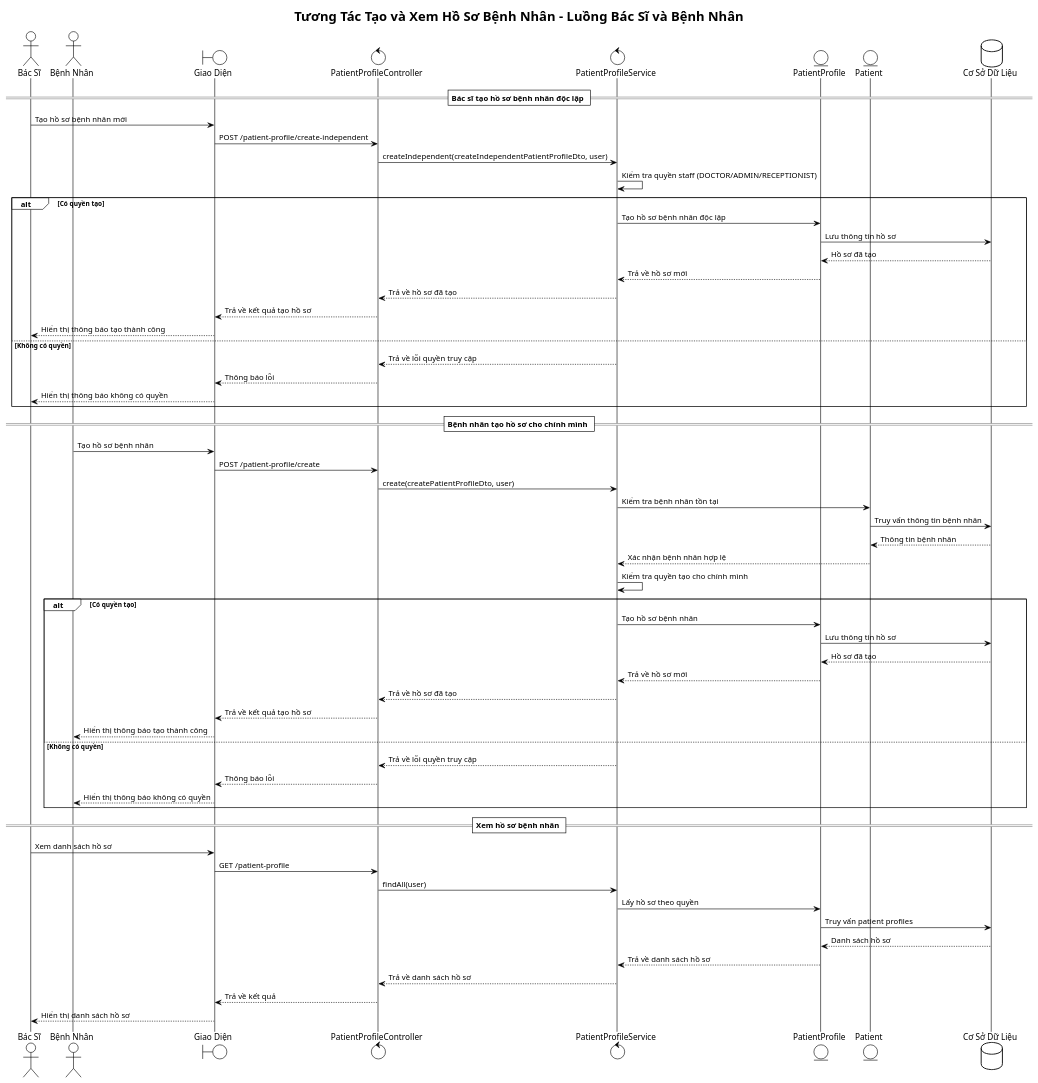
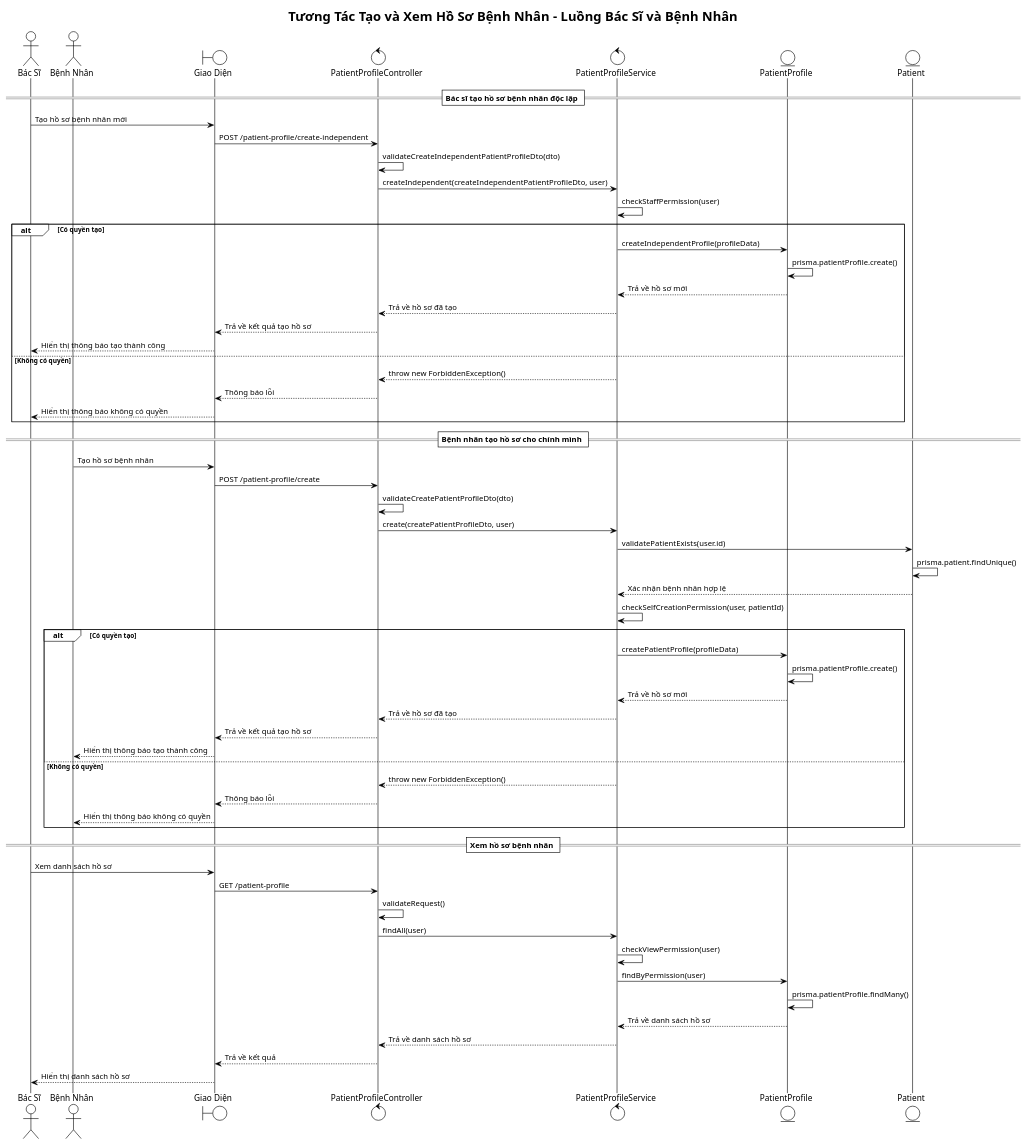
Before and after one commit to iamKhang/revita-be: the diagram in docs/patient-profile-sequence.puml, drawn with PlantUML. The commit also changed 7 other files, not shown here.

Commit message:
Update sequence

```diff
--- a/docs/patient-profile-sequence.puml
+++ b/docs/patient-profile-sequence.puml
@@ -1,76 +1,75 @@
 @startuml Patient Profile Sequence Diagram
 !theme plain
 title Tương Tác Tạo và Xem Hồ Sơ Bệnh Nhân - Luồng Bác Sĩ và Bệnh Nhân
 
 actor "Bác Sĩ" as D
 actor "Bệnh Nhân" as P
 boundary "Giao Diện" as F
 control "PatientProfileController" as C
 control "PatientProfileService" as PS
 entity "PatientProfile" as PP
 entity "Patient" as PAT
-database "Cơ Sở Dữ Liệu" as DB
 
 == Bác sĩ tạo hồ sơ bệnh nhân độc lập ==
 
 D -> F: Tạo hồ sơ bệnh nhân mới
 F -> C: POST /patient-profile/create-independent
+C -> C: validateCreateIndependentPatientProfileDto(dto)
 C -> PS: createIndependent(createIndependentPatientProfileDto, user)
-PS -> PS: Kiểm tra quyền staff (DOCTOR/ADMIN/RECEPTIONIST)
+PS -> PS: checkStaffPermission(user)
 
 alt Có quyền tạo
-  PS -> PP: Tạo hồ sơ bệnh nhân độc lập
-  PP -> DB: Lưu thông tin hồ sơ
-  DB --> PP: Hồ sơ đã tạo
+  PS -> PP: createIndependentProfile(profileData)
+  PP -> PP: prisma.patientProfile.create()
   PP --> PS: Trả về hồ sơ mới
   PS --> C: Trả về hồ sơ đã tạo
   C --> F: Trả về kết quả tạo hồ sơ
   F --> D: Hiển thị thông báo tạo thành công
   
 else Không có quyền
-  PS --> C: Trả về lỗi quyền truy cập
+  PS --> C: throw new ForbiddenException()
   C --> F: Thông báo lỗi
   F --> D: Hiển thị thông báo không có quyền
 end
 
 == Bệnh nhân tạo hồ sơ cho chính mình ==
 
 P -> F: Tạo hồ sơ bệnh nhân
 F -> C: POST /patient-profile/create
+C -> C: validateCreatePatientProfileDto(dto)
 C -> PS: create(createPatientProfileDto, user)
-PS -> PAT: Kiểm tra bệnh nhân tồn tại
-PAT -> DB: Truy vấn thông tin bệnh nhân
-DB --> PAT: Thông tin bệnh nhân
+PS -> PAT: validatePatientExists(user.id)
+PAT -> PAT: prisma.patient.findUnique()
 PAT --> PS: Xác nhận bệnh nhân hợp lệ
 
-PS -> PS: Kiểm tra quyền tạo cho chính mình
+PS -> PS: checkSelfCreationPermission(user, patientId)
 
 alt Có quyền tạo
-  PS -> PP: Tạo hồ sơ bệnh nhân
-  PP -> DB: Lưu thông tin hồ sơ
-  DB --> PP: Hồ sơ đã tạo
+  PS -> PP: createPatientProfile(profileData)
+  PP -> PP: prisma.patientProfile.create()
   PP --> PS: Trả về hồ sơ mới
   PS --> C: Trả về hồ sơ đã tạo
   C --> F: Trả về kết quả tạo hồ sơ
   F --> P: Hiển thị thông báo tạo thành công
   
 else Không có quyền
-  PS --> C: Trả về lỗi quyền truy cập
+  PS --> C: throw new ForbiddenException()
   C --> F: Thông báo lỗi
   F --> P: Hiển thị thông báo không có quyền
 end
 
 == Xem hồ sơ bệnh nhân ==
 
 D -> F: Xem danh sách hồ sơ
 F -> C: GET /patient-profile
+C -> C: validateRequest()
 C -> PS: findAll(user)
-PS -> PP: Lấy hồ sơ theo quyền
-PP -> DB: Truy vấn patient profiles
-DB --> PP: Danh sách hồ sơ
+PS -> PS: checkViewPermission(user)
+PS -> PP: findByPermission(user)
+PP -> PP: prisma.patientProfile.findMany()
 PP --> PS: Trả về danh sách hồ sơ
 PS --> C: Trả về danh sách hồ sơ
 C --> F: Trả về kết quả
 F --> D: Hiển thị danh sách hồ sơ
 
 @enduml
```
